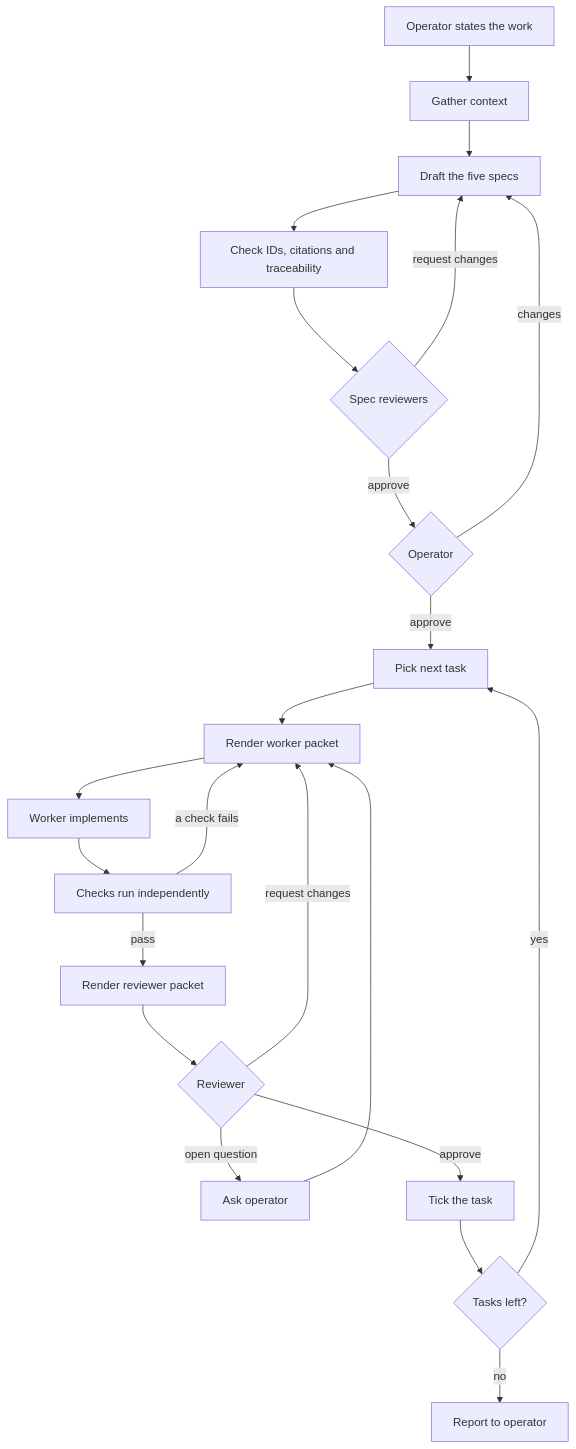
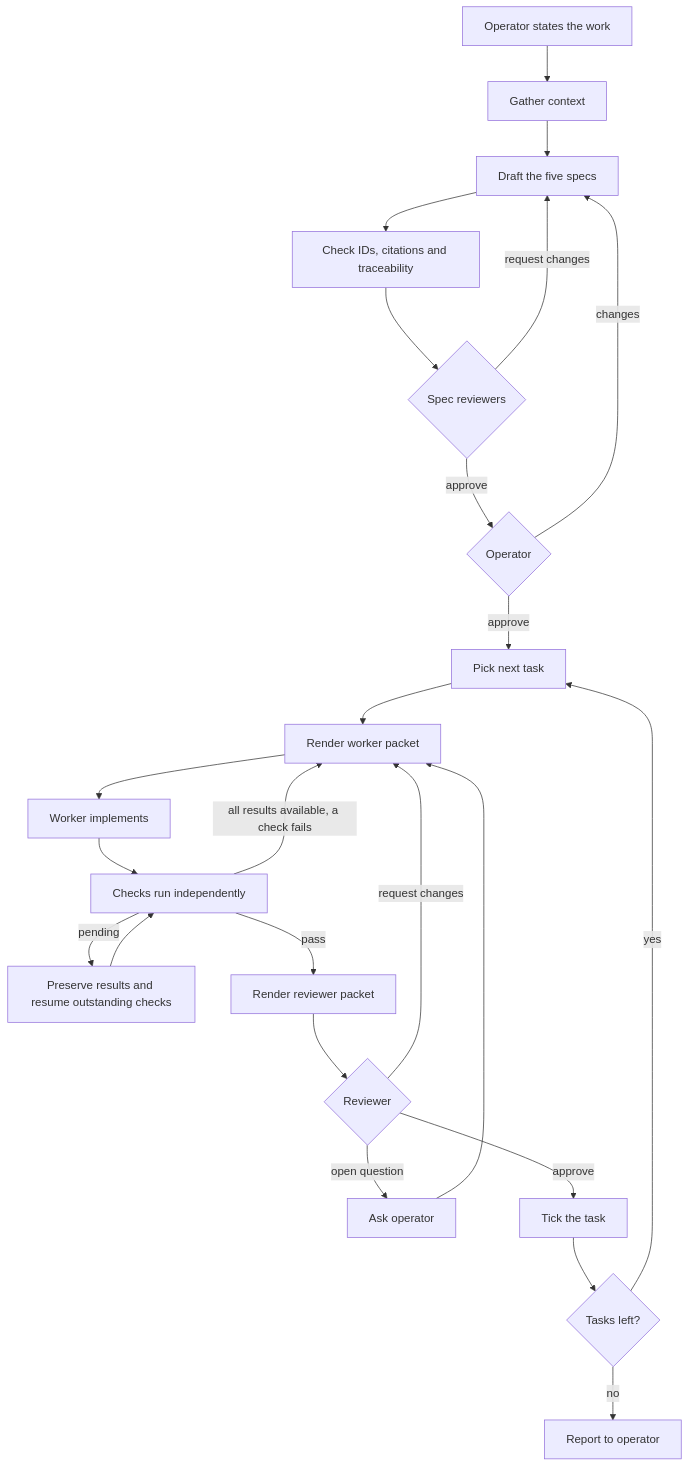
The diagram in docs/methodology.md (rdrsss/planar), drawn with Mermaid before and after one commit. The commit also changed other lines of this file and 62 other files, not shown here.

````diff
--- a/docs/methodology.md
+++ b/docs/methodology.md
@@ -33,24 +47,26 @@
 ```mermaid
 flowchart TD
     A[Operator states the work] --> B[Gather context]
     B --> C[Draft the five specs]
     C --> D[Check IDs, citations and traceability]
     D --> E{Spec reviewers}
     E -- request changes --> C
     E -- approve --> F{Operator}
     F -- changes --> C
     F -- approve --> G[Pick next task]
     G --> H[Render worker packet]
     H --> I[Worker implements]
     I --> J[Checks run independently]
-    J -- a check fails --> H
+    J -- pending --> P[Preserve results and resume outstanding checks]
+    P --> J
+    J -- all results available, a check fails --> H
     J -- pass --> K[Render reviewer packet]
     K --> L{Reviewer}
     L -- request changes --> H
     L -- open question --> Q[Ask operator]
     Q --> H
     L -- approve --> M[Tick the task]
     M --> N{Tasks left?}
     N -- yes --> G
     N -- no --> O[Report to operator]
 ```
````
